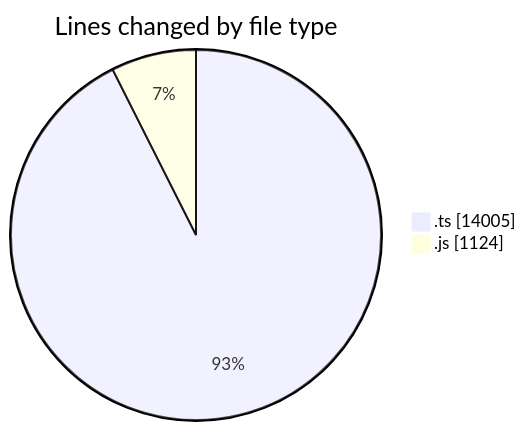
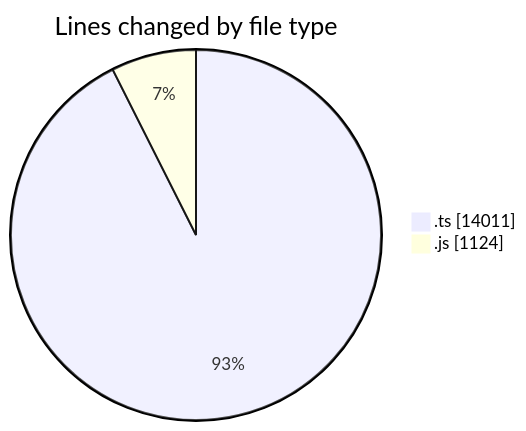
Before and after one commit to momahboobian/code-tracking: the first of 2 diagrams in 2026-10-23/cda/README.md, drawn with Mermaid. The commit also changed other lines of this file and 1 other file, not shown here.

````diff
--- a/2026-10-23/cda/README.md
+++ b/2026-10-23/cda/README.md
@@ -29,6 +29,6 @@
 ```mermaid
 pie showData
 title Lines changed by file type
-".ts" : 14005
+".ts" : 14011
 ".js" : 1124
 ```
````
